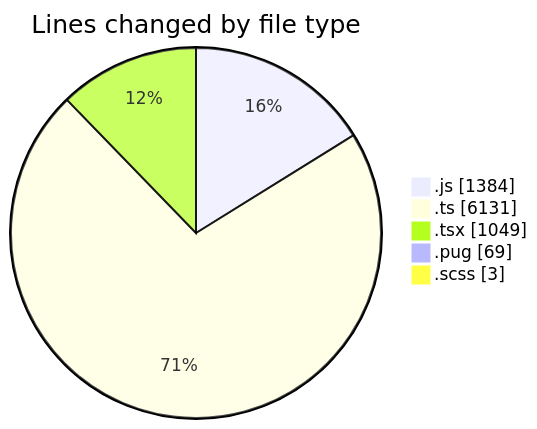
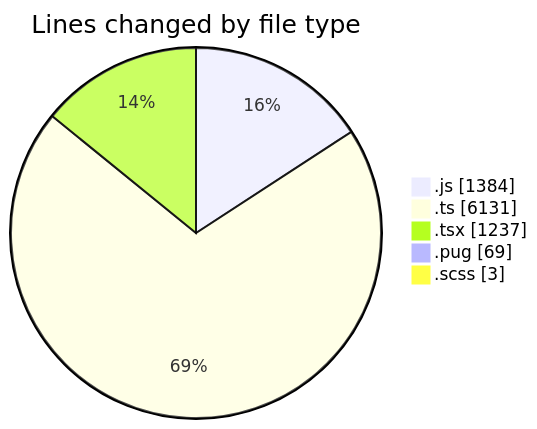
Before and after one commit to momahboobian/code-tracking: the first of 2 diagrams in 2025-03-25/cda/README.md, drawn with Mermaid. The commit also changed other lines of this file and 1 other file, not shown here.

````diff
--- a/2025-03-25/cda/README.md
+++ b/2025-03-25/cda/README.md
@@ -37,9 +37,9 @@
 ```mermaid
 pie showData
 title Lines changed by file type
 ".js" : 1384
 ".ts" : 6131
-".tsx" : 1049
+".tsx" : 1237
 ".pug" : 69
 ".scss" : 3
 ```
````
